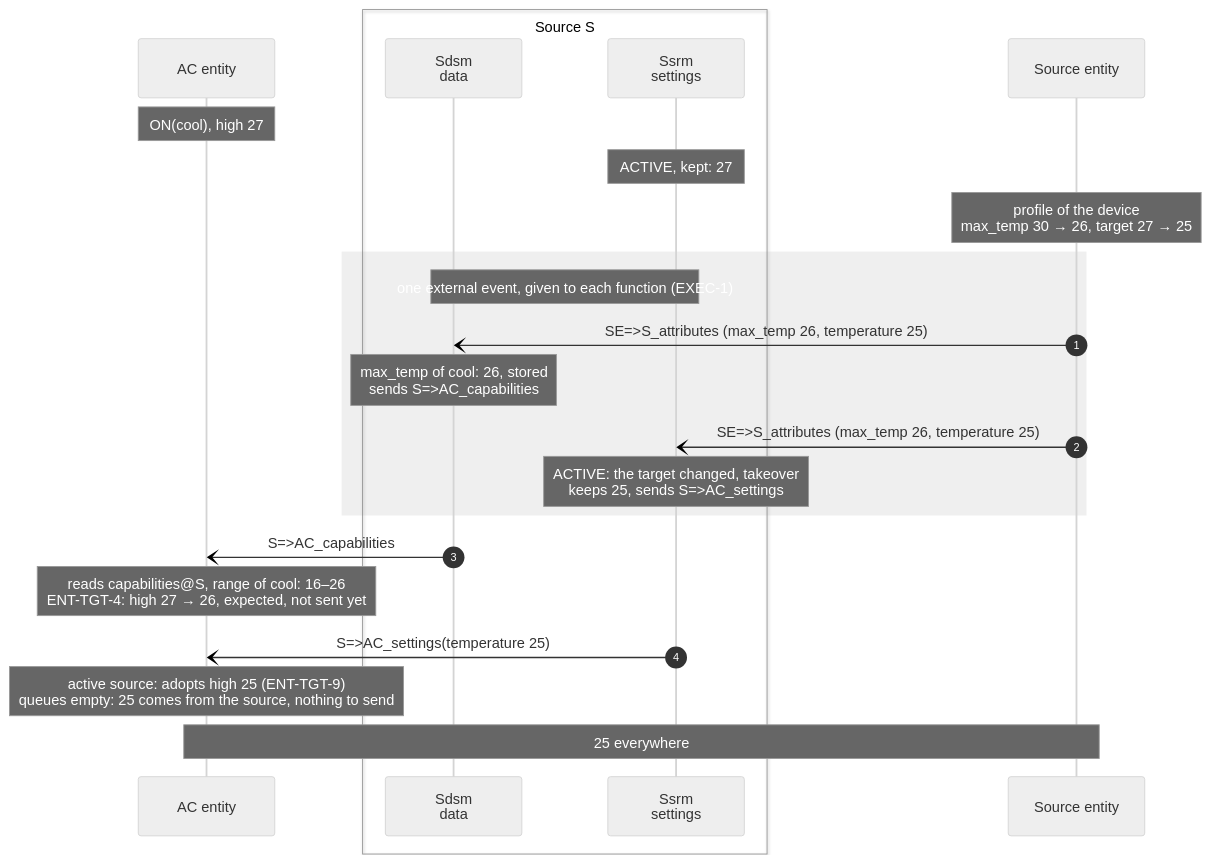
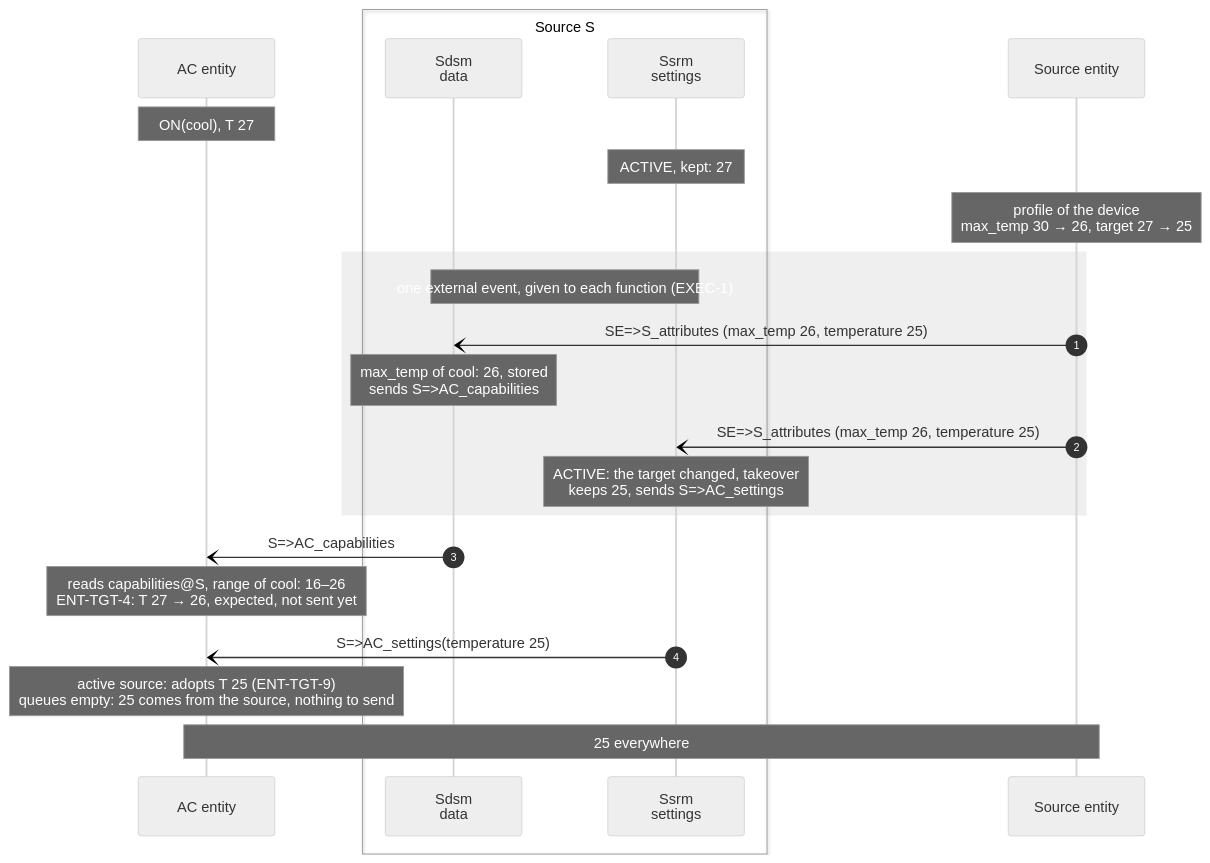
One commit to marsoupilami25/adaptative-climate changed diagram 21 of 21 in documents/SPEC.md. Above: the diagram before and after it, drawn with Mermaid (neutral theme). The commit also changed other lines of this file and 13 other files, not shown here.

````diff
--- a/documents/SPEC.md
+++ b/documents/SPEC.md
@@ -3767,26 +3762,26 @@
 ```mermaid
 sequenceDiagram
     autonumber
     participant AC as AC entity
     box Source S
         participant Sdsm as Sdsm<br/>data
         participant Ssrm as Ssrm<br/>settings
     end
     participant SE as Source entity
 
-    Note over AC: ON(cool), high 27
+    Note over AC: ON(cool), T 27
     Note over Ssrm: ACTIVE, kept: 27
     Note over SE: profile of the device<br/>max_temp 30 → 26, target 27 → 25
     rect rgba(127, 127, 127, 0.12)
         Note over Sdsm,Ssrm: one external event, given to each function (EXEC-1)
         SE-)Sdsm: SE=>S_attributes (max_temp 26, temperature 25)
         Note over Sdsm: max_temp of cool: 26, stored<br/>sends S=>AC_capabilities
         SE-)Ssrm: SE=>S_attributes (max_temp 26, temperature 25)
         Note over Ssrm: ACTIVE: the target changed, takeover<br/>keeps 25, sends S=>AC_settings
     end
     Sdsm-)AC: S=>AC_capabilities
-    Note over AC: reads capabilities@S, range of cool: 16–26<br/>ENT-TGT-4: high 27 → 26, expected, not sent yet
+    Note over AC: reads capabilities@S, range of cool: 16–26<br/>ENT-TGT-4: T 27 → 26, expected, not sent yet
     Ssrm-)AC: S=>AC_settings(temperature 25)
-    Note over AC: active source: adopts high 25 (ENT-TGT-9)<br/>queues empty: 25 comes from the source, nothing to send
+    Note over AC: active source: adopts T 25 (ENT-TGT-9)<br/>queues empty: 25 comes from the source, nothing to send
     Note over AC,SE: 25 everywhere
 ```
````
